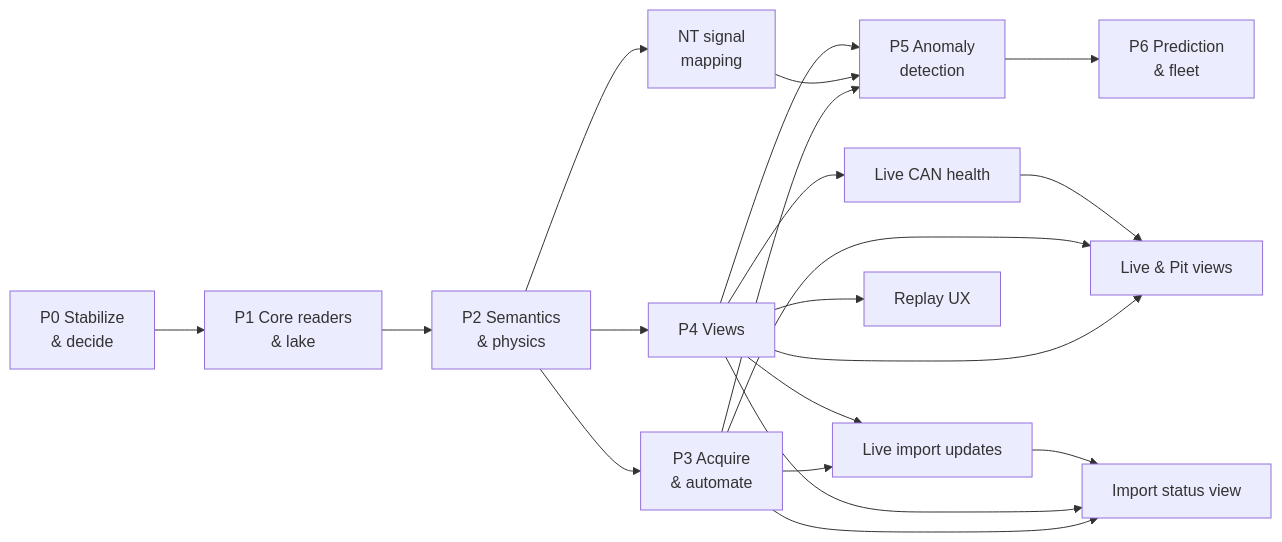
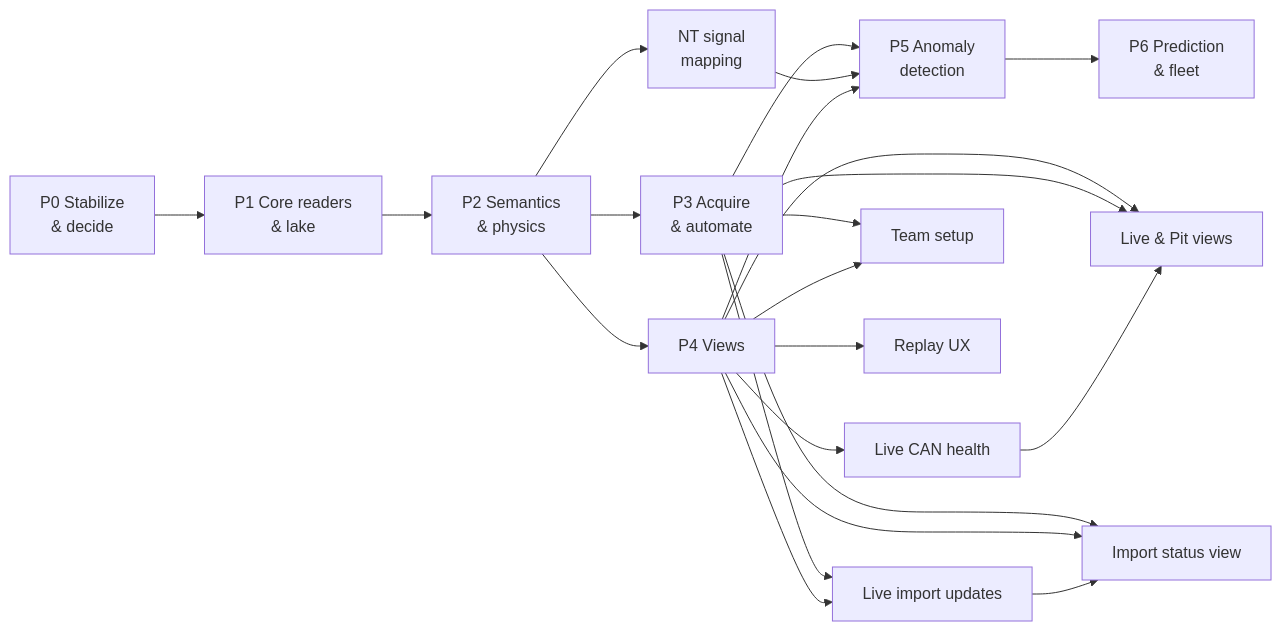
The first of 2 diagrams in docs/rewrite/06-roadmap.md (IgniteRobotics/flashpoint), drawn with Mermaid before and after one commit. The commit also changed other lines of this file, not shown here.

First line of the commit message:
docs: add Team setup to the roadmap

````diff
--- a/docs/rewrite/06-roadmap.md
+++ b/docs/rewrite/06-roadmap.md
@@ -9,22 +9,24 @@
 ```mermaid
 flowchart LR
     P0[P0 Stabilize<br>& decide] --> P1[P1 Core readers<br>& lake]
     P1 --> P2[P2 Semantics<br>& physics]
     P2 --> P3[P3 Acquire<br>& automate]
     P2 --> P4[P4 Views]
     P3 --> P5[P5 Anomaly<br>detection]
     P2 --> P2b[NT signal<br>mapping]
     P2b --> P5
     P4 --> P5
     P4 --> P4b[Live & Pit views]
     P3 --> P4b
     P3 --> P4c[Import status view]
     P4 --> P4c
     P4 --> P4e[Live CAN health]
     P4e --> P4b
     P3 --> P4f[Live import updates]
     P4 --> P4f
     P4f --> P4c
+    P3 --> P4g[Team setup]
+    P4 --> P4g
     P4 --> P4d[Replay UX]
     P5 --> P6[P6 Prediction<br>& fleet]
 ```
````
